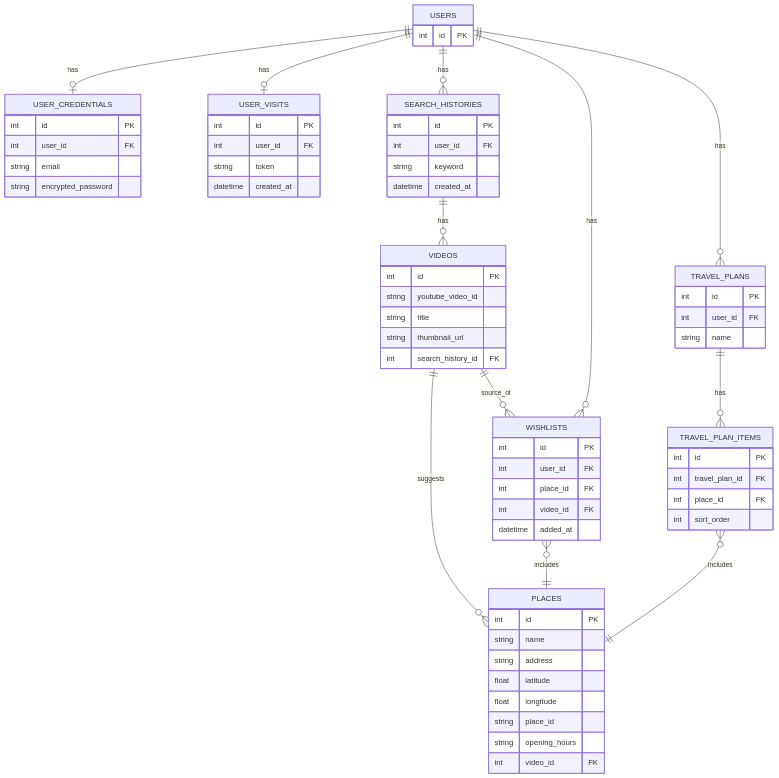
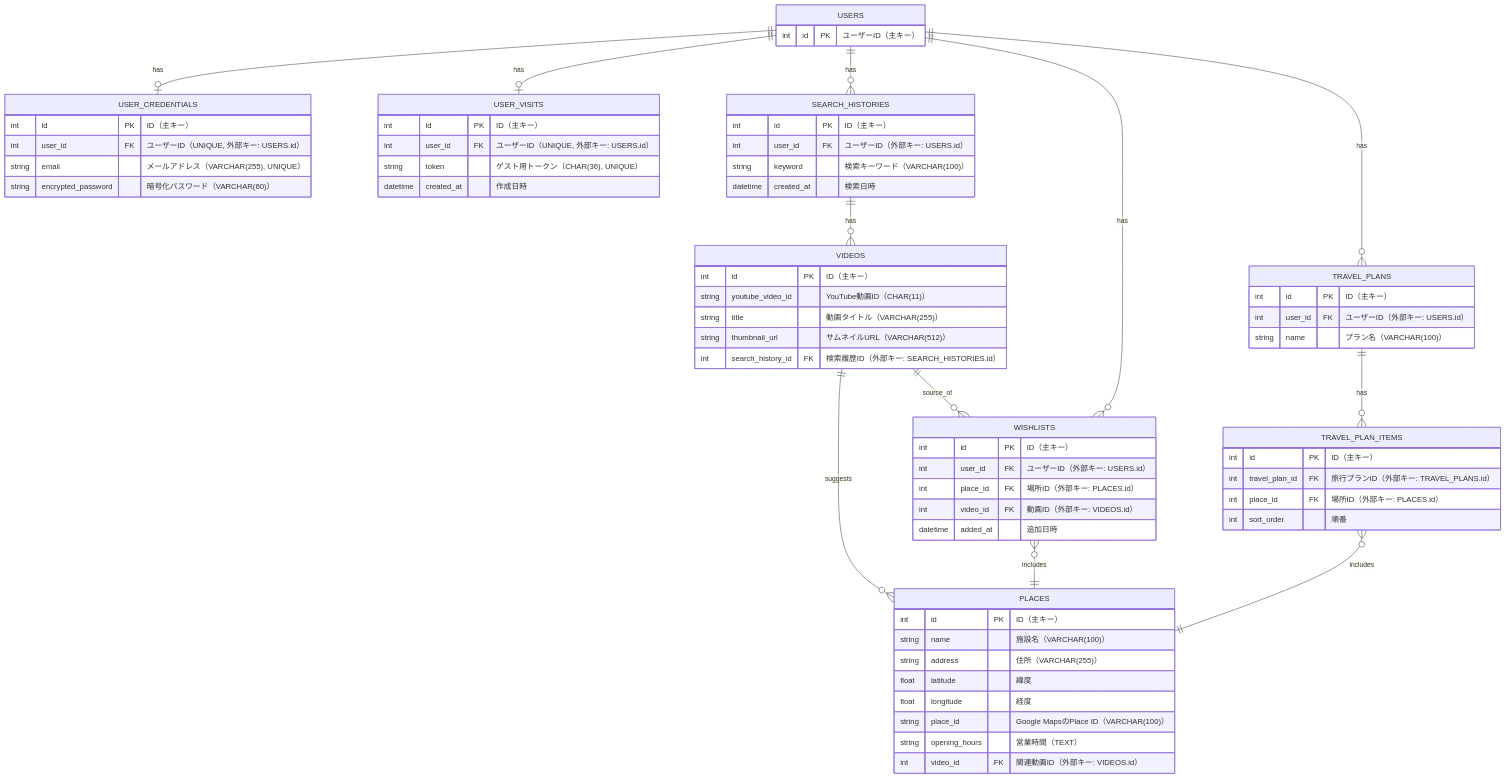
The second of 2 diagrams in documents/design.md (momomouse-hub/vlomaplan), drawn with Mermaid before and after one commit. The commit also changed other lines of this file, not shown here.

````diff
--- a/documents/design.md
+++ b/documents/design.md
@@ -42,83 +42,68 @@
 ```mermaid
 erDiagram
   USERS {
-    int id PK
+    int id PK "ユーザーID（主キー）"
   }
 
   USER_CREDENTIALS {
-    int id PK
-    int user_id FK
-    %% UNIQUE
-    string email
-    %% UNIQUE, VARCHAR(255)
-    string encrypted_password
-    %% VARCHAR(60)
+    int id PK "ID（主キー）"
+    int user_id FK "ユーザーID（UNIQUE, 外部キー: USERS.id）"
+    string email "メールアドレス（VARCHAR(255), UNIQUE）"
+    string encrypted_password "暗号化パスワード（VARCHAR(60)）"
   }
 
   USER_VISITS {
-    int id PK
-    int user_id FK
-    %% UNIQUE
-    string token
-    %% UNIQUE, CHAR(36)
-    datetime created_at
+    int id PK "ID（主キー）"
+    int user_id FK "ユーザーID（UNIQUE, 外部キー: USERS.id）"
+    string token "ゲスト用トークン（CHAR(36), UNIQUE）"
+    datetime created_at "作成日時"
   }
 
   SEARCH_HISTORIES {
-    int id PK
-    int user_id FK
-    string keyword
-    %% VARCHAR(100)
-    datetime created_at
+    int id PK "ID（主キー）"
+    int user_id FK "ユーザーID（外部キー: USERS.id）"
+    string keyword "検索キーワード（VARCHAR(100)）"
+    datetime created_at "検索日時"
   }
 
   VIDEOS {
-    int id PK
-    string youtube_video_id
-    %% CHAR(11)
-    string title
-    %% VARCHAR(255)
-    string thumbnail_url
-    %% VARCHAR(512)
-    int search_history_id FK
+    int id PK "ID（主キー）"
+    string youtube_video_id "YouTube動画ID（CHAR(11)）"
+    string title "動画タイトル（VARCHAR(255)）"
+    string thumbnail_url "サムネイルURL（VARCHAR(512)）"
+    int search_history_id FK "検索履歴ID（外部キー: SEARCH_HISTORIES.id）"
   }
 
   PLACES {
-    int id PK
-    string name
-    %% VARCHAR(100)
-    string address
-    %% VARCHAR(255)
-    float latitude
-    float longitude
-    string place_id
-    %% VARCHAR(100)
-    string opening_hours
-    %% TEXT
-    int video_id FK
+    int id PK "ID（主キー）"
+    string name "施設名（VARCHAR(100)）"
+    string address "住所（VARCHAR(255)）"
+    float latitude "緯度"
+    float longitude "経度"
+    string place_id "Google MapsのPlace ID（VARCHAR(100)）"
+    string opening_hours "営業時間（TEXT）"
+    int video_id FK "関連動画ID（外部キー: VIDEOS.id）"
   }
 
   WISHLISTS {
-    int id PK
-    int user_id FK
-    int place_id FK
-    int video_id FK
-    datetime added_at
-    %% UNIQUE(user_id, place_id)
+    int id PK "ID（主キー）"
+    int user_id FK "ユーザーID（外部キー: USERS.id）"
+    int place_id FK "場所ID（外部キー: PLACES.id）"
+    int video_id FK "動画ID（外部キー: VIDEOS.id）"
+    datetime added_at "追加日時"
   }
 
   TRAVEL_PLANS {
-    int id PK
-    int user_id FK
-    string name
-    %% VARCHAR(100)
+    int id PK "ID（主キー）"
+    int user_id FK "ユーザーID（外部キー: USERS.id）"
+    string name "プラン名（VARCHAR(100)）"
   }
 
   TRAVEL_PLAN_ITEMS {
-    int id PK
-    int travel_plan_id FK
-    int place_id FK
-    int sort_order
+    int id PK "ID（主キー）"
+    int travel_plan_id FK "旅行プランID（外部キー: TRAVEL_PLANS.id）"
+    int place_id FK "場所ID（外部キー: PLACES.id）"
+    int sort_order "順番"
   }
 
   USERS ||--o| USER_CREDENTIALS : has
````
